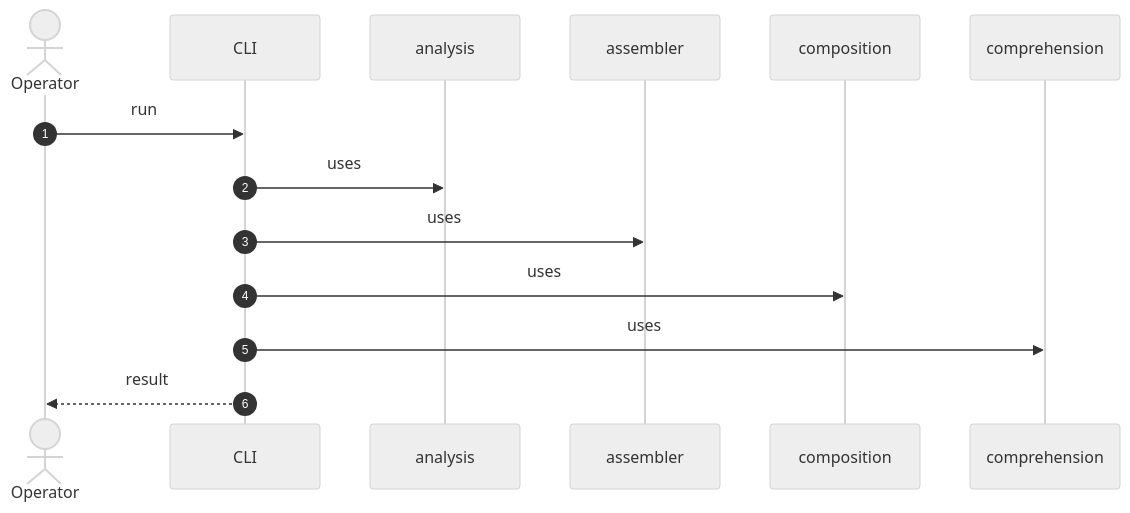
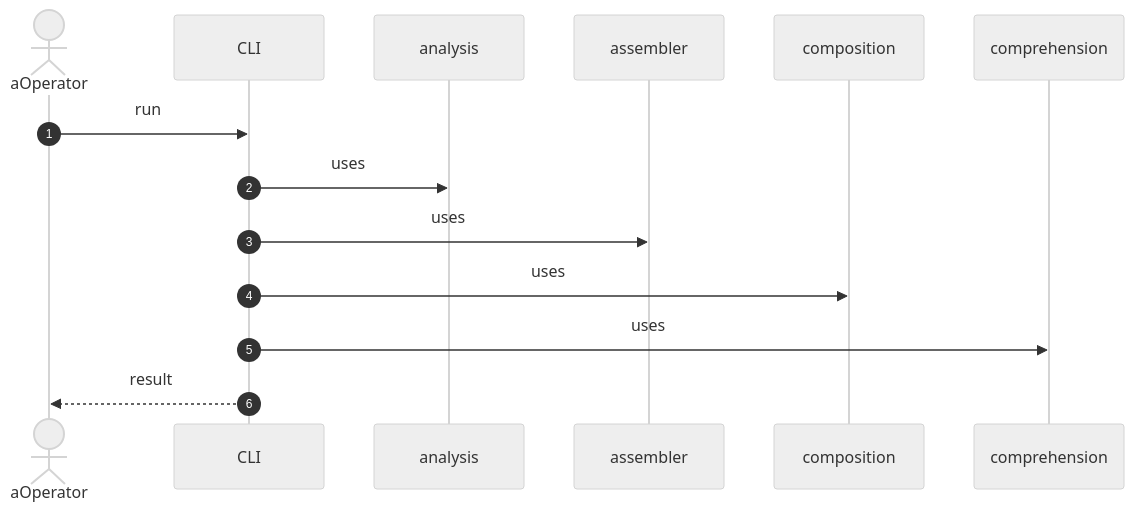
One commit to norandom/DocuHarnessX changed the first of 7 diagrams in docs/startup-cli-py-126eba90.md. Above: the diagram before and after it, drawn with Mermaid (neutral theme). The commit also changed other lines of this file and 31 other files, not shown here.

First line of the commit message:
feat(architect-narrative): architecture model and overview views

````diff
--- a/docs/startup-cli-py-126eba90.md
+++ b/docs/startup-cli-py-126eba90.md
@@ -22,16 +23,16 @@
 ```mermaid
 sequenceDiagram
   autonumber
-  actor Operator
-  participant pCLI as CLI
-  participant panalysis as analysis
-  participant passembler as assembler
-  participant pcomposition as composition
-  participant pcomprehension as comprehension
-  Operator->>pCLI: run
-  pCLI->>panalysis: uses
-  pCLI->>passembler: uses
-  pCLI->>pcomposition: uses
-  pCLI->>pcomprehension: uses
-  pCLI-->>Operator: result
+  actor aOperator
+  participant container_CLI as CLI
+  participant container_analysis as analysis
+  participant container_assembler as assembler
+  participant container_composition as composition
+  participant container_comprehension as comprehension
+  aOperator->>container_CLI: run
+  container_CLI->>container_analysis: uses
+  container_CLI->>container_assembler: uses
+  container_CLI->>container_composition: uses
+  container_CLI->>container_comprehension: uses
+  container_CLI-->>aOperator: result
 ```
````
